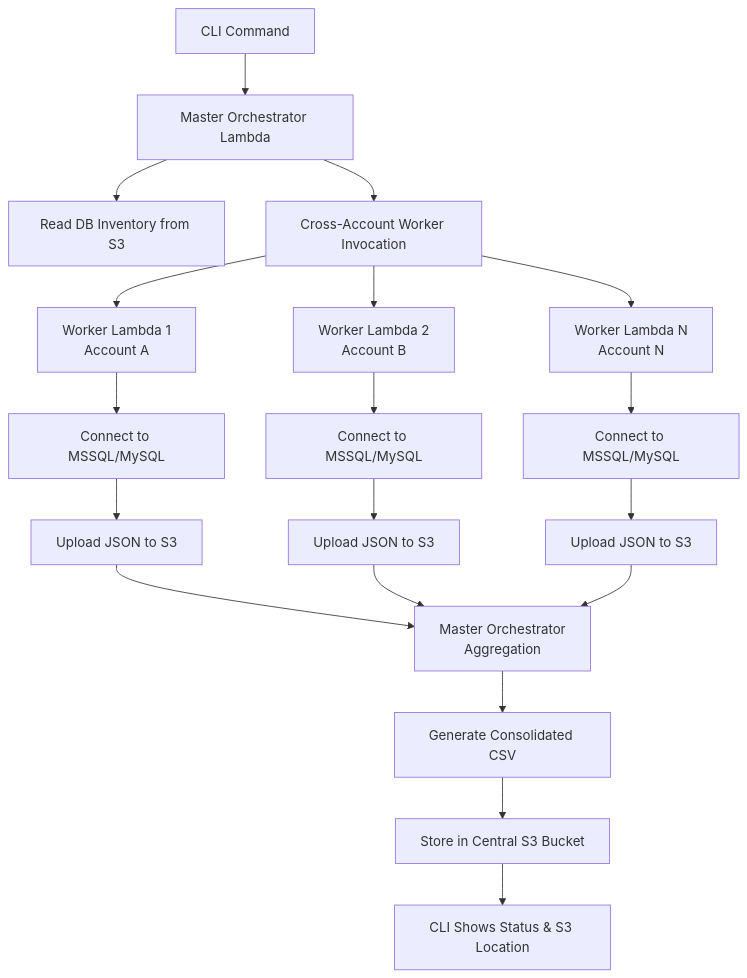
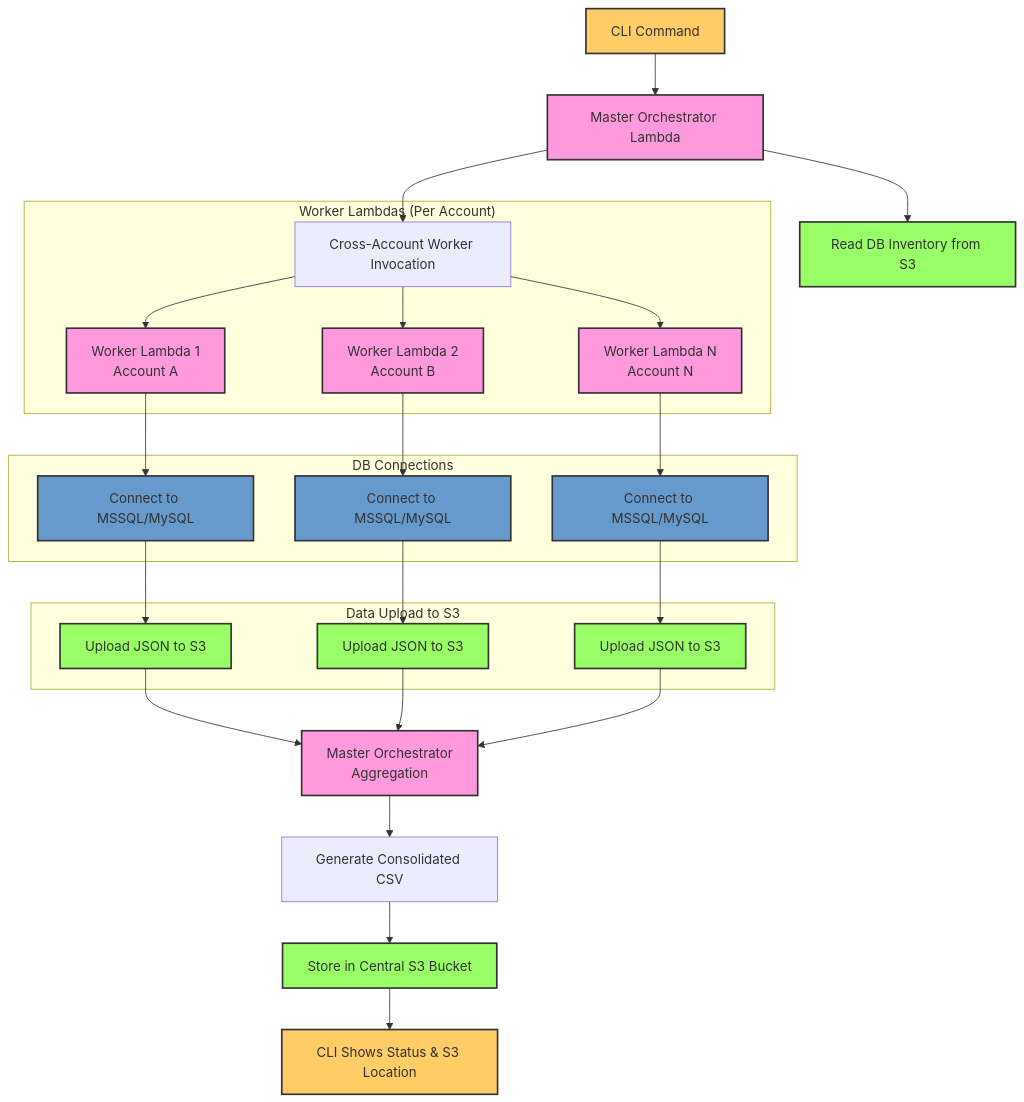
Before and after one commit to sandeep-1010-cool/AdminUser-reports-CLI-Tool: the diagram in DB Admin Reports/project_guidelines.md, drawn with Mermaid.

````diff
--- a/DB Admin Reports/project_guidelines.md
+++ b/DB Admin Reports/project_guidelines.md
@@ -36,25 +36,41 @@
 ```mermaid
 graph TD
     A[CLI Command] --> B[Master Orchestrator Lambda]
     B --> C[Read DB Inventory from S3]
     B --> D[Cross-Account Worker Invocation]
-    D --> E[Worker Lambda 1<br/>Account A]
-    D --> F[Worker Lambda 2<br/>Account B]
-    D --> G[Worker Lambda N<br/>Account N]
-    
-    E --> H[Connect to MSSQL/MySQL]
-    F --> I[Connect to MSSQL/MySQL]
-    G --> J[Connect to MSSQL/MySQL]
-    
-    H --> K[Upload JSON to S3]
-    I --> L[Upload JSON to S3]
-    J --> M[Upload JSON to S3]
-    
+
+    subgraph "Worker Lambdas (Per Account)"
+        D --> E[Worker Lambda 1<br/>Account A]
+        D --> F[Worker Lambda 2<br/>Account B]
+        D --> G[Worker Lambda N<br/>Account N]
+    end
+
+    subgraph "DB Connections"
+        E --> H[Connect to MSSQL/MySQL]
+        F --> I[Connect to MSSQL/MySQL]
+        G --> J[Connect to MSSQL/MySQL]
+    end
+
+    subgraph "Data Upload to S3"
+        H --> K[Upload JSON to S3]
+        I --> L[Upload JSON to S3]
+        J --> M[Upload JSON to S3]
+    end
+
     K --> N[Master Orchestrator<br/>Aggregation]
     L --> N
     M --> N
-    
+
     N --> O[Generate Consolidated CSV]
     O --> P[Store in Central S3 Bucket]
     P --> Q[CLI Shows Status & S3 Location]
+
+    classDef lambda fill:#f9d,stroke:#333,stroke-width:2px;
+    class B,E,F,G,N lambda;
+    classDef s3 fill:#9f6,stroke:#333,stroke-width:2px;
+    class C,K,L,M,P s3;
+    classDef db fill:#69c,stroke:#333,stroke-width:2px;
+    class H,I,J db;
+    classDef cli fill:#fc6,stroke:#333,stroke-width:2px;
+    class A,Q cli;
 ```
````
